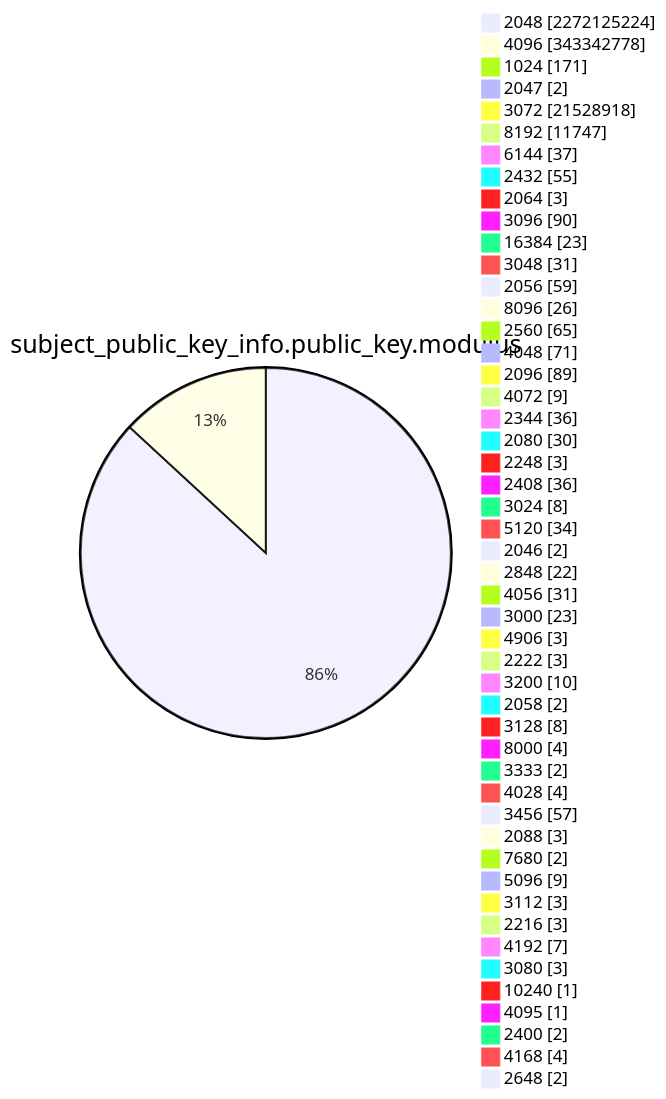
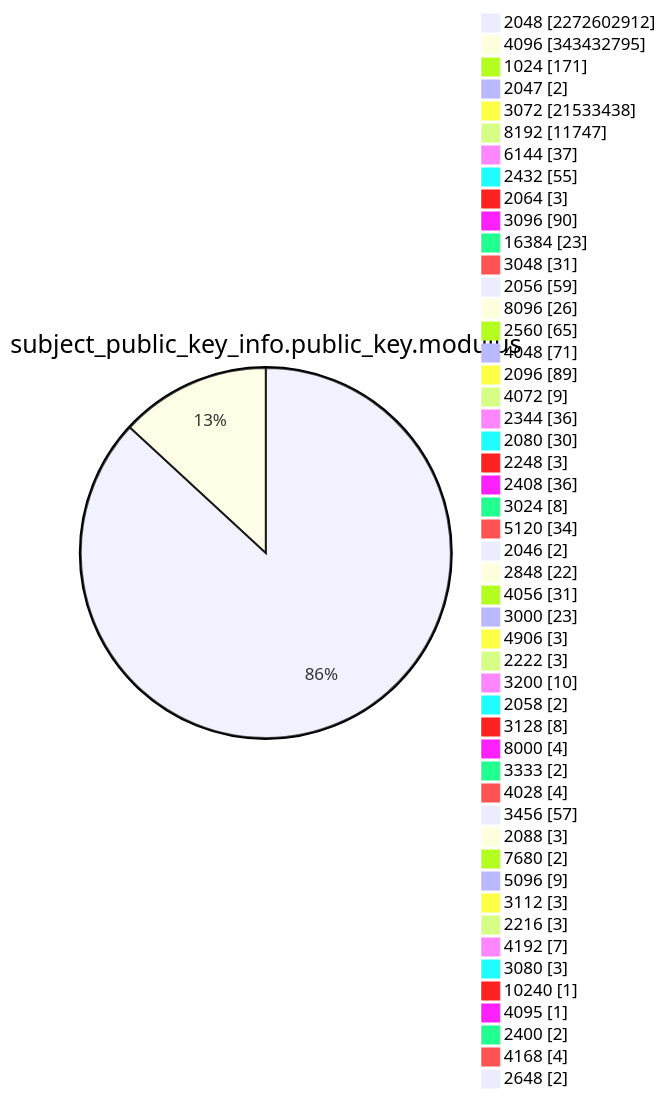
Diagram 13 of 15 in TOTAL/README.md (christiankrug/ctmonitor_visualization), drawn with Mermaid before and after one commit. The commit also changed other lines of this file, not shown here.

````diff
--- a/TOTAL/README.md
+++ b/TOTAL/README.md
@@ -4165,53 +4165,53 @@
 ```mermaid
 pie showData
 title subject_public_key_info.public_key.modulus
-"2048" :2272125224
-"4096" :343342778
+"2048" :2272602912
+"4096" :343432795
 "1024" :171
 "2047" :2
-"3072" :21528918
+"3072" :21533438
 "8192" :11747
 "6144" :37
 "2432" :55
 "2064" :3
 "3096" :90
 "16384" :23
 "3048" :31
 "2056" :59
 "8096" :26
 "2560" :65
 "4048" :71
 "2096" :89
 "4072" :9
 "2344" :36
 "2080" :30
 "2248" :3
 "2408" :36
 "3024" :8
 "5120" :34
 "2046" :2
 "2848" :22
 "4056" :31
 "3000" :23
 "4906" :3
 "2222" :3
 "3200" :10
 "2058" :2
 "3128" :8
 "8000" :4
 "3333" :2
 "4028" :4
 "3456" :57
 "2088" :3
 "7680" :2
 "5096" :9
 "3112" :3
 "2216" :3
 "4192" :7
 "3080" :3
 "10240" :1
 "4095" :1
 "2400" :2
 "4168" :4
 "2648" :2
 ```
````
